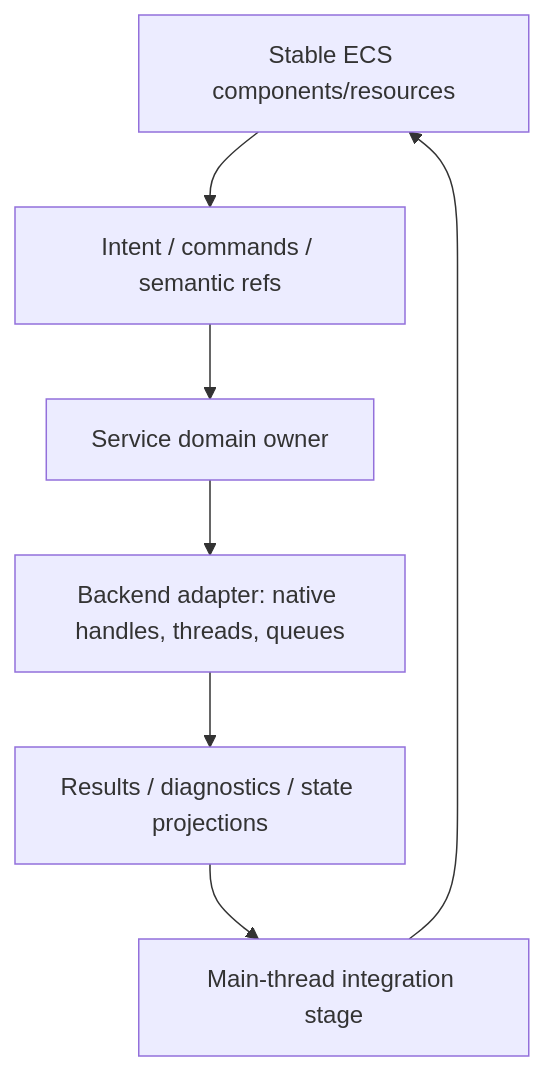
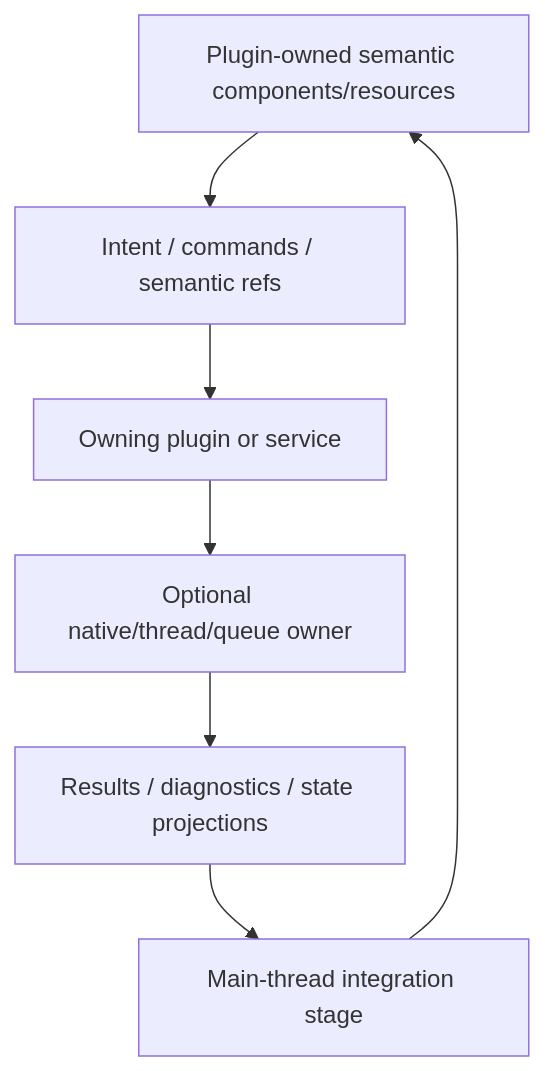
One commit to Latias94/nara changed the diagram in docs/architecture/adr/0042-runtime-service-and-backend-boundary.md. Above: the diagram before and after it, drawn with Mermaid. The commit also changed other lines of this file and 63 other files, not shown here.

First line of the commit message:
docs(architecture): refine product module boundaries

````diff
--- a/docs/architecture/adr/0042-runtime-service-and-backend-boundary.md
+++ b/docs/architecture/adr/0042-runtime-service-and-backend-boundary.md
@@ -26,9 +35,9 @@
 ```mermaid
 flowchart TD
-    ECS[Stable ECS components/resources] --> Intent[Intent / commands / semantic refs]
-    Intent --> Service[Service domain owner]
-    Service --> Backend[Backend adapter: native handles, threads, queues]
+    ECS[Plugin-owned semantic components/resources] --> Intent[Intent / commands / semantic refs]
+    Intent --> Service[Owning plugin or service]
+    Service --> Backend[Optional native/thread/queue owner]
     Backend --> Results[Results / diagnostics / state projections]
     Results --> Integrate[Main-thread integration stage]
     Integrate --> ECS
 ```
````
